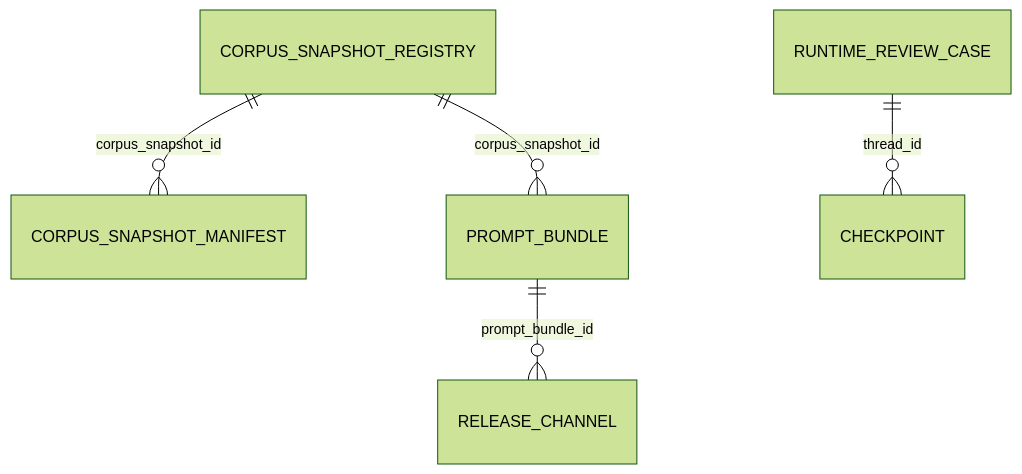
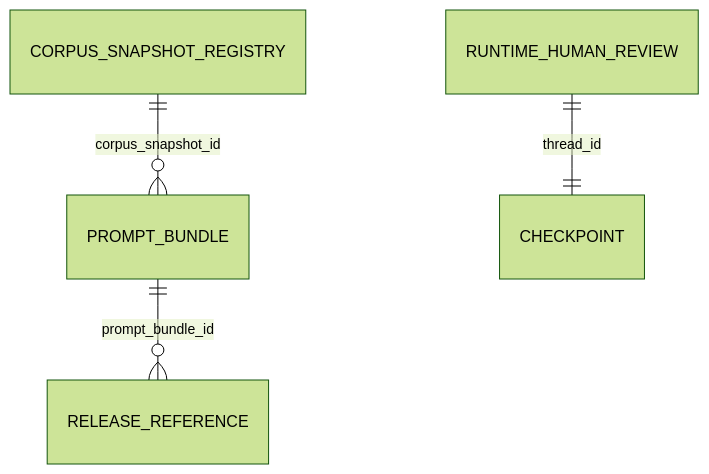
Before and after one commit to junTaniguchi/llm_ops: the tenth of 17 diagrams in 技術レポート作成マルチエージェント_完成版.md, drawn with Mermaid (forest theme). The commit also changed other lines of this file, not shown here.

````diff
--- a/技術レポート作成マルチエージェント_完成版.md
+++ b/技術レポート作成マルチエージェント_完成版.md
@@ -2357,7 +2345,6 @@
 ```mermaid
 erDiagram
-    CORPUS_SNAPSHOT_REGISTRY ||--o{ CORPUS_SNAPSHOT_MANIFEST : corpus_snapshot_id
     CORPUS_SNAPSHOT_REGISTRY ||--o{ PROMPT_BUNDLE : corpus_snapshot_id
-    PROMPT_BUNDLE ||--o{ RELEASE_CHANNEL : prompt_bundle_id
-    RUNTIME_REVIEW_CASE ||--o{ CHECKPOINT : thread_id
+    PROMPT_BUNDLE ||--o{ RELEASE_REFERENCE : prompt_bundle_id
+    RUNTIME_HUMAN_REVIEW ||--|| CHECKPOINT : thread_id
 ```
````
